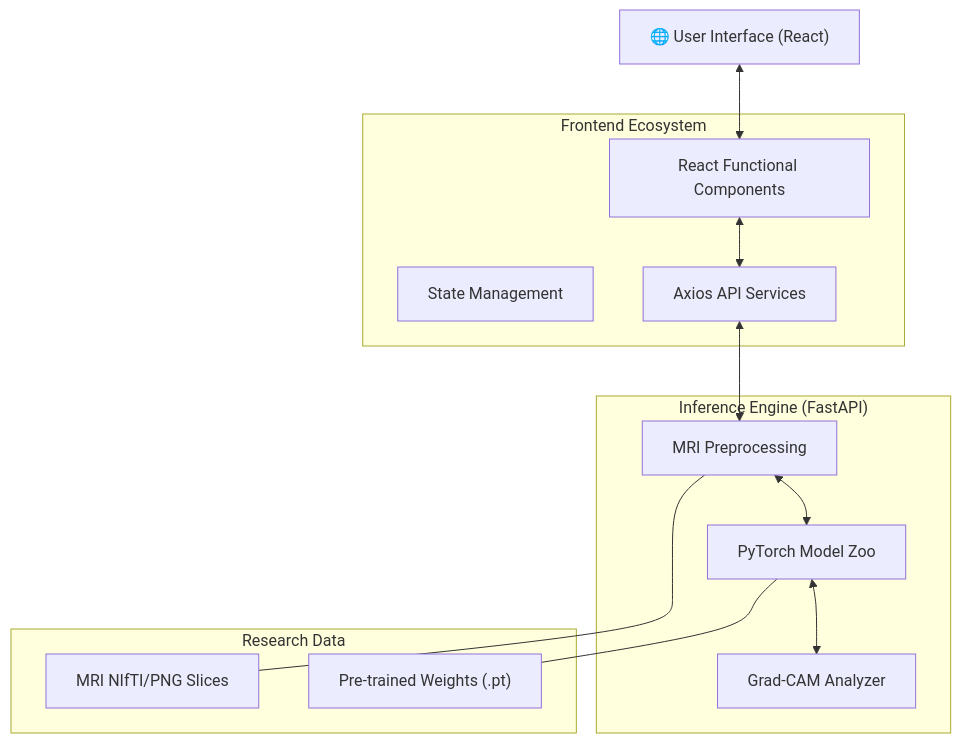
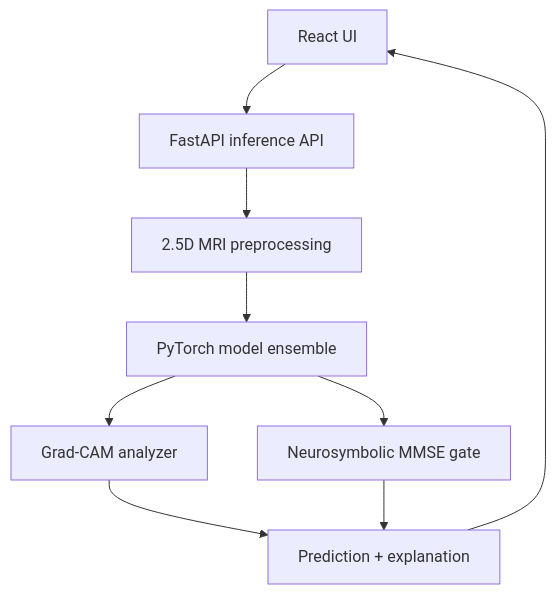
The first of 2 diagrams in README.md (bmo1177/NeuroDetectLite), drawn with Mermaid before and after one commit. The commit also changed other lines of this file and 52 other files, not shown here.

First line of the commit message:
chore: remove licensed data and weights; add license and thesis README

````diff
--- a/README.md
+++ b/README.md
@@ -17,26 +57,11 @@
 ```mermaid
 graph TD
-    Client["🌐 User Interface (React)"]
-    subgraph Frontend ["Frontend Ecosystem"]
-        UI["React Functional Components"]
-        State["State Management"]
-        API_S["Axios API Services"]
-    end
-    subgraph Backend ["Inference Engine (FastAPI)"]
-        Scanner["MRI Preprocessing"]
-        Models["PyTorch Model Zoo"]
-        CAM["Grad-CAM Analyzer"]
-    end
-    subgraph Storage ["Research Data"]
-        Slices["MRI NIfTI/PNG Slices"]
-        Weights["Pre-trained Weights (.pt)"]
-    end
-    
-    Client <--> UI
-    UI <--> API_S
-    API_S <--> Scanner
-    Scanner <--> Models
-    Models <--> CAM
-    Models --- Weights
-    Scanner --- Slices
+    Client["React UI"] --> API["FastAPI inference API"]
+    API --> Prep["2.5D MRI preprocessing"]
+    Prep --> Models["PyTorch model ensemble"]
+    Models --> CAM["Grad-CAM analyzer"]
+    Models --> Gate["Neurosymbolic MMSE gate"]
+    CAM --> Result["Prediction + explanation"]
+    Gate --> Result
+    Result --> Client
 ```
````
